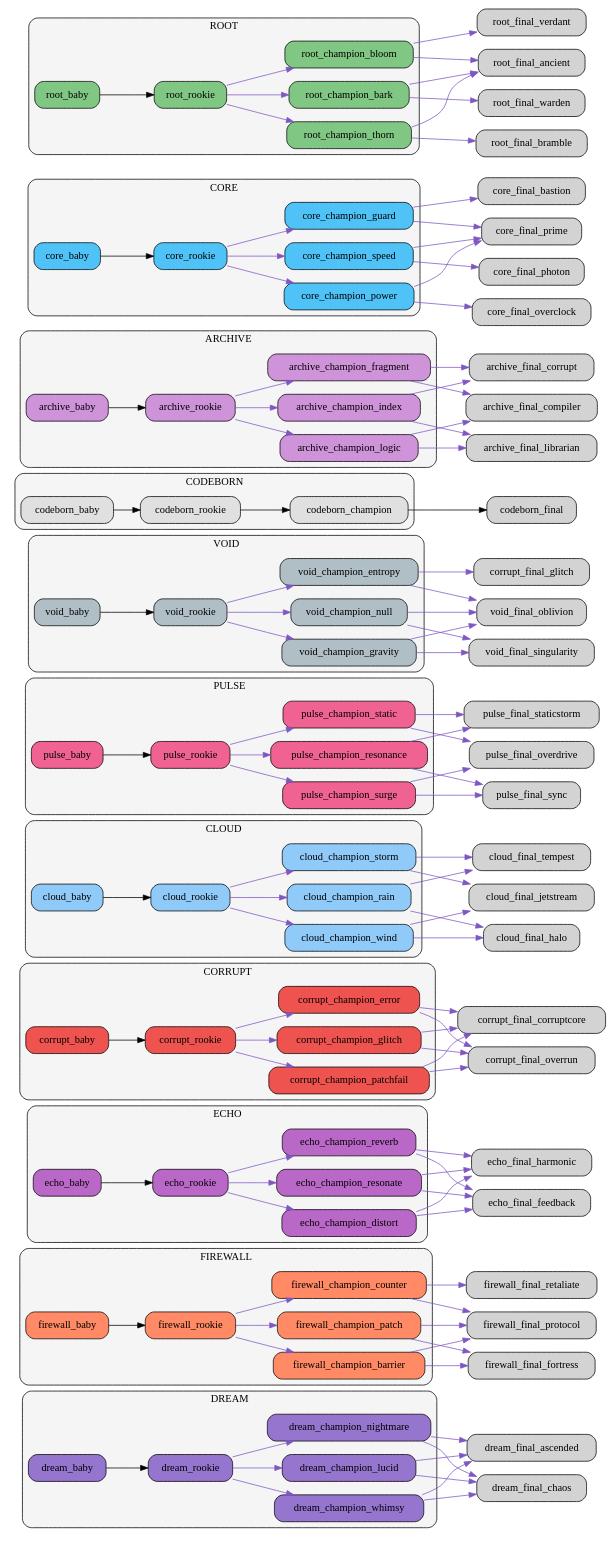
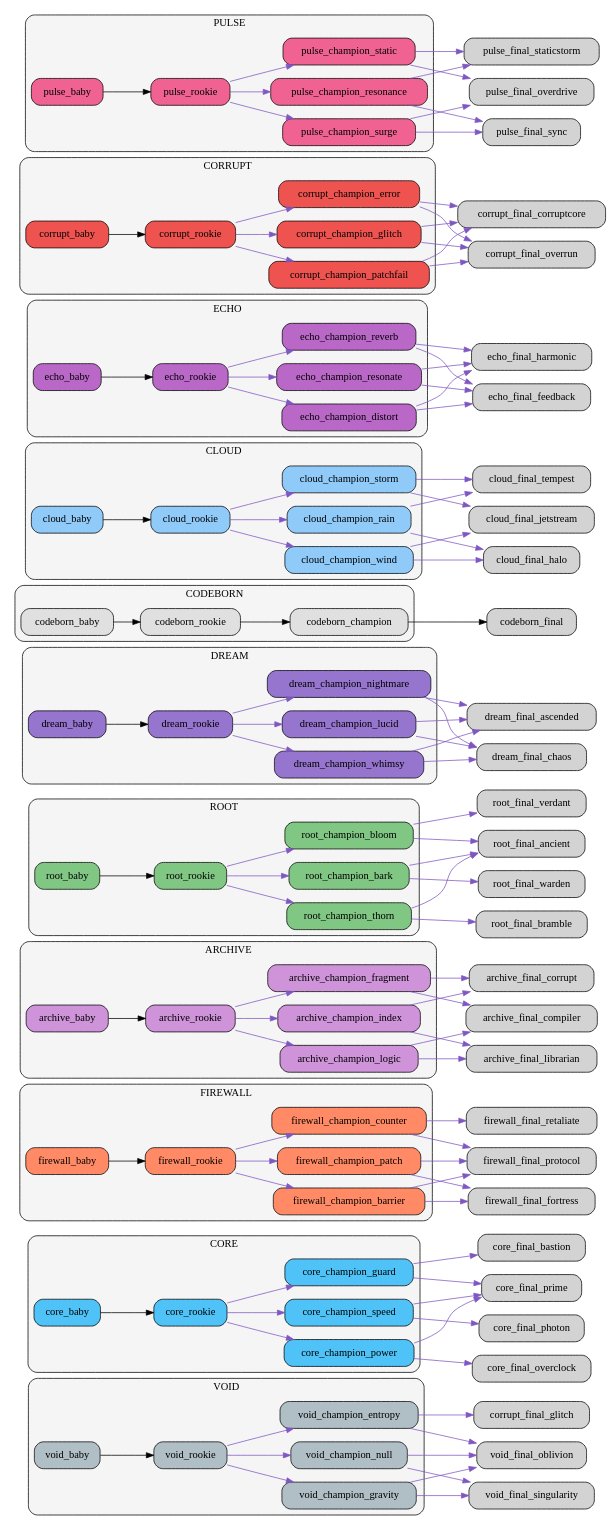
Before and after one commit to bwlight/NetGrid: the diagram in src/netgrid/systems/evolution/graphs/clusters/evolution_clusters.dot, drawn with Graphviz. The commit also changed other lines of this file and 30 other files, not shown here.

Commit message:
Auto-update evolution graphs

```diff
--- a/src/netgrid/systems/evolution/graphs/clusters/evolution_clusters.dot
+++ b/src/netgrid/systems/evolution/graphs/clusters/evolution_clusters.dot
@@ -1,6 +1,51 @@
 digraph EvolutionTree {
   rankdir=LR;
   node [shape=box, style="rounded,filled"];
+  subgraph cluster_void {
+    label="VOID";
+    style="rounded,filled"; fillcolor="#f5f5f5";
+    "void_baby" [fillcolor="#b0bec5"];
+    "void_rookie" [fillcolor="#b0bec5"];
+    "void_champion_entropy" [fillcolor="#b0bec5"];
+    "void_champion_gravity" [fillcolor="#b0bec5"];
+    "void_champion_null" [fillcolor="#b0bec5"];
+  }
+  subgraph cluster_core {
+    label="CORE";
+    style="rounded,filled"; fillcolor="#f5f5f5";
+    "core_baby" [fillcolor="#4fc3f7"];
+    "core_rookie" [fillcolor="#4fc3f7"];
+    "core_champion_power" [fillcolor="#4fc3f7"];
+    "core_champion_guard" [fillcolor="#4fc3f7"];
+    "core_champion_speed" [fillcolor="#4fc3f7"];
+  }
+  subgraph cluster_firewall {
+    label="FIREWALL";
+    style="rounded,filled"; fillcolor="#f5f5f5";
+    "firewall_baby" [fillcolor="#ff8a65"];
+    "firewall_rookie" [fillcolor="#ff8a65"];
+    "firewall_champion_barrier" [fillcolor="#ff8a65"];
+    "firewall_champion_counter" [fillcolor="#ff8a65"];
+    "firewall_champion_patch" [fillcolor="#ff8a65"];
+  }
+  subgraph cluster_archive {
+    label="ARCHIVE";
+    style="rounded,filled"; fillcolor="#f5f5f5";
+    "archive_baby" [fillcolor="#ce93d8"];
+    "archive_rookie" [fillcolor="#ce93d8"];
+    "archive_champion_logic" [fillcolor="#ce93d8"];
+    "archive_champion_index" [fillcolor="#ce93d8"];
+    "archive_champion_fragment" [fillcolor="#ce93d8"];
+  }
+  subgraph cluster_root {
+    label="ROOT";
+    style="rounded,filled"; fillcolor="#f5f5f5";
+    "root_baby" [fillcolor="#81c784"];
+    "root_rookie" [fillcolor="#81c784"];
+    "root_champion_thorn" [fillcolor="#81c784"];
+    "root_champion_bloom" [fillcolor="#81c784"];
+    "root_champion_bark" [fillcolor="#81c784"];
+  }
   subgraph cluster_dream {
     label="DREAM";
     style="rounded,filled"; fillcolor="#f5f5f5";
@@ -10,14 +55,21 @@
     "dream_champion_nightmare" [fillcolor="#9575cd"];
     "dream_champion_whimsy" [fillcolor="#9575cd"];
   }
-  subgraph cluster_firewall {
-    label="FIREWALL";
+  subgraph cluster_codeborn {
+    label="CODEBORN";
     style="rounded,filled"; fillcolor="#f5f5f5";
-    "firewall_baby" [fillcolor="#ff8a65"];
-    "firewall_rookie" [fillcolor="#ff8a65"];
-    "firewall_champion_barrier" [fillcolor="#ff8a65"];
-    "firewall_champion_counter" [fillcolor="#ff8a65"];
-    "firewall_champion_patch" [fillcolor="#ff8a65"];
+    "codeborn_baby" [fillcolor="#e0e0e0"];
+    "codeborn_rookie" [fillcolor="#e0e0e0"];
+    "codeborn_champion" [fillcolor="#e0e0e0"];
+  }
+  subgraph cluster_cloud {
+    label="CLOUD";
+    style="rounded,filled"; fillcolor="#f5f5f5";
+    "cloud_baby" [fillcolor="#90caf9"];
+    "cloud_rookie" [fillcolor="#90caf9"];
+    "cloud_champion_wind" [fillcolor="#90caf9"];
+    "cloud_champion_rain" [fillcolor="#90caf9"];
+    "cloud_champion_storm" [fillcolor="#90caf9"];
   }
   subgraph cluster_echo {
     label="ECHO";
@@ -37,15 +89,6 @@
     "corrupt_champion_error" [fillcolor="#ef5350"];
     "corrupt_champion_patchfail" [fillcolor="#ef5350"];
   }
-  subgraph cluster_cloud {
-    label="CLOUD";
-    style="rounded,filled"; fillcolor="#f5f5f5";
-    "cloud_baby" [fillcolor="#90caf9"];
-    "cloud_rookie" [fillcolor="#90caf9"];
-    "cloud_champion_wind" [fillcolor="#90caf9"];
-    "cloud_champion_rain" [fillcolor="#90caf9"];
-    "cloud_champion_storm" [fillcolor="#90caf9"];
-  }
   subgraph cluster_pulse {
     label="PULSE";
     style="rounded,filled"; fillcolor="#f5f5f5";
@@ -55,49 +98,56 @@
     "pulse_champion_resonance" [fillcolor="#f06292"];
     "pulse_champion_static" [fillcolor="#f06292"];
   }
-  subgraph cluster_void {
-    label="VOID";
-    style="rounded,filled"; fillcolor="#f5f5f5";
-    "void_baby" [fillcolor="#b0bec5"];
-    "void_rookie" [fillcolor="#b0bec5"];
-    "void_champion_entropy" [fillcolor="#b0bec5"];
-    "void_champion_gravity" [fillcolor="#b0bec5"];
-    "void_champion_null" [fillcolor="#b0bec5"];
-  }
-  subgraph cluster_codeborn {
-    label="CODEBORN";
-    style="rounded,filled"; fillcolor="#f5f5f5";
-    "codeborn_baby" [fillcolor="#e0e0e0"];
-    "codeborn_rookie" [fillcolor="#e0e0e0"];
-    "codeborn_champion" [fillcolor="#e0e0e0"];
-  }
-  subgraph cluster_archive {
-    label="ARCHIVE";
-    style="rounded,filled"; fillcolor="#f5f5f5";
-    "archive_baby" [fillcolor="#ce93d8"];
-    "archive_rookie" [fillcolor="#ce93d8"];
-    "archive_champion_logic" [fillcolor="#ce93d8"];
-    "archive_champion_index" [fillcolor="#ce93d8"];
-    "archive_champion_fragment" [fillcolor="#ce93d8"];
-  }
-  subgraph cluster_core {
-    label="CORE";
-    style="rounded,filled"; fillcolor="#f5f5f5";
-    "core_baby" [fillcolor="#4fc3f7"];
-    "core_rookie" [fillcolor="#4fc3f7"];
-    "core_champion_power" [fillcolor="#4fc3f7"];
-    "core_champion_guard" [fillcolor="#4fc3f7"];
-    "core_champion_speed" [fillcolor="#4fc3f7"];
-  }
-  subgraph cluster_root {
-    label="ROOT";
-    style="rounded,filled"; fillcolor="#f5f5f5";
-    "root_baby" [fillcolor="#81c784"];
-    "root_rookie" [fillcolor="#81c784"];
-    "root_champion_thorn" [fillcolor="#81c784"];
-    "root_champion_bloom" [fillcolor="#81c784"];
-    "root_champion_bark" [fillcolor="#81c784"];
-  }
+  "void_baby" -> "void_rookie";
+  "void_rookie" -> "void_champion_entropy" [color="#7e57c2"];
+  "void_rookie" -> "void_champion_gravity" [color="#7e57c2"];
+  "void_rookie" -> "void_champion_null" [color="#7e57c2"];
+  "void_champion_entropy" -> "corrupt_final_glitch" [color="#7e57c2"];
+  "void_champion_entropy" -> "void_final_oblivion" [color="#7e57c2"];
+  "void_champion_gravity" -> "void_final_singularity" [color="#7e57c2"];
+  "void_champion_gravity" -> "void_final_oblivion" [color="#7e57c2"];
+  "void_champion_null" -> "void_final_oblivion" [color="#7e57c2"];
+  "void_champion_null" -> "void_final_singularity" [color="#7e57c2"];
+  "core_baby" -> "core_rookie";
+  "core_rookie" -> "core_champion_power" [color="#7e57c2"];
+  "core_rookie" -> "core_champion_guard" [color="#7e57c2"];
+  "core_rookie" -> "core_champion_speed" [color="#7e57c2"];
+  "core_champion_power" -> "core_final_overclock" [color="#7e57c2"];
+  "core_champion_power" -> "core_final_prime" [color="#7e57c2"];
+  "core_champion_guard" -> "core_final_bastion" [color="#7e57c2"];
+  "core_champion_guard" -> "core_final_prime" [color="#7e57c2"];
+  "core_champion_speed" -> "core_final_photon" [color="#7e57c2"];
+  "core_champion_speed" -> "core_final_prime" [color="#7e57c2"];
+  "firewall_baby" -> "firewall_rookie";
+  "firewall_rookie" -> "firewall_champion_barrier" [color="#7e57c2"];
+  "firewall_rookie" -> "firewall_champion_counter" [color="#7e57c2"];
+  "firewall_rookie" -> "firewall_champion_patch" [color="#7e57c2"];
+  "firewall_champion_barrier" -> "firewall_final_fortress" [color="#7e57c2"];
+  "firewall_champion_barrier" -> "firewall_final_protocol" [color="#7e57c2"];
+  "firewall_champion_counter" -> "firewall_final_retaliate" [color="#7e57c2"];
+  "firewall_champion_counter" -> "firewall_final_protocol" [color="#7e57c2"];
+  "firewall_champion_patch" -> "firewall_final_protocol" [color="#7e57c2"];
+  "firewall_champion_patch" -> "firewall_final_fortress" [color="#7e57c2"];
+  "archive_baby" -> "archive_rookie";
+  "archive_rookie" -> "archive_champion_logic" [color="#7e57c2"];
+  "archive_rookie" -> "archive_champion_index" [color="#7e57c2"];
+  "archive_rookie" -> "archive_champion_fragment" [color="#7e57c2"];
+  "archive_champion_logic" -> "archive_final_compiler" [color="#7e57c2"];
+  "archive_champion_logic" -> "archive_final_librarian" [color="#7e57c2"];
+  "archive_champion_index" -> "archive_final_librarian" [color="#7e57c2"];
+  "archive_champion_index" -> "archive_final_corrupt" [color="#7e57c2"];
+  "archive_champion_fragment" -> "archive_final_corrupt" [color="#7e57c2"];
+  "archive_champion_fragment" -> "archive_final_compiler" [color="#7e57c2"];
+  "root_baby" -> "root_rookie";
+  "root_rookie" -> "root_champion_thorn" [color="#7e57c2"];
+  "root_rookie" -> "root_champion_bloom" [color="#7e57c2"];
+  "root_rookie" -> "root_champion_bark" [color="#7e57c2"];
+  "root_champion_thorn" -> "root_final_bramble" [color="#7e57c2"];
+  "root_champion_thorn" -> "root_final_ancient" [color="#7e57c2"];
+  "root_champion_bloom" -> "root_final_ancient" [color="#7e57c2"];
+  "root_champion_bloom" -> "root_final_verdant" [color="#7e57c2"];
+  "root_champion_bark" -> "root_final_warden" [color="#7e57c2"];
+  "root_champion_bark" -> "root_final_ancient" [color="#7e57c2"];
   "dream_baby" -> "dream_rookie";
   "dream_rookie" -> "dream_champion_lucid" [color="#7e57c2"];
   "dream_rookie" -> "dream_champion_nightmare" [color="#7e57c2"];
@@ -108,16 +158,19 @@
   "dream_champion_nightmare" -> "dream_final_ascended" [color="#7e57c2"];
   "dream_champion_whimsy" -> "dream_final_ascended" [color="#7e57c2"];
   "dream_champion_whimsy" -> "dream_final_chaos" [color="#7e57c2"];
-  "firewall_baby" -> "firewall_rookie";
-  "firewall_rookie" -> "firewall_champion_barrier" [color="#7e57c2"];
-  "firewall_rookie" -> "firewall_champion_counter" [color="#7e57c2"];
-  "firewall_rookie" -> "firewall_champion_patch" [color="#7e57c2"];
-  "firewall_champion_barrier" -> "firewall_final_fortress" [color="#7e57c2"];
-  "firewall_champion_barrier" -> "firewall_final_protocol" [color="#7e57c2"];
-  "firewall_champion_counter" -> "firewall_final_retaliate" [color="#7e57c2"];
-  "firewall_champion_counter" -> "firewall_final_protocol" [color="#7e57c2"];
-  "firewall_champion_patch" -> "firewall_final_protocol" [color="#7e57c2"];
-  "firewall_champion_patch" -> "firewall_final_fortress" [color="#7e57c2"];
+  "codeborn_baby" -> "codeborn_rookie";
+  "codeborn_rookie" -> "codeborn_champion";
+  "codeborn_champion" -> "codeborn_final";
+  "cloud_baby" -> "cloud_rookie";
+  "cloud_rookie" -> "cloud_champion_wind" [color="#7e57c2"];
+  "cloud_rookie" -> "cloud_champion_rain" [color="#7e57c2"];
+  "cloud_rookie" -> "cloud_champion_storm" [color="#7e57c2"];
+  "cloud_champion_wind" -> "cloud_final_jetstream" [color="#7e57c2"];
+  "cloud_champion_wind" -> "cloud_final_halo" [color="#7e57c2"];
+  "cloud_champion_rain" -> "cloud_final_halo" [color="#7e57c2"];
+  "cloud_champion_rain" -> "cloud_final_tempest" [color="#7e57c2"];
+  "cloud_champion_storm" -> "cloud_final_tempest" [color="#7e57c2"];
+  "cloud_champion_storm" -> "cloud_final_jetstream" [color="#7e57c2"];
   "echo_baby" -> "echo_rookie";
   "echo_rookie" -> "echo_champion_resonate" [color="#7e57c2"];
   "echo_rookie" -> "echo_champion_reverb" [color="#7e57c2"];
@@ -138,16 +191,6 @@
   "corrupt_champion_error" -> "corrupt_final_corruptcore" [color="#7e57c2"];
   "corrupt_champion_patchfail" -> "corrupt_final_corruptcore" [color="#7e57c2"];
   "corrupt_champion_patchfail" -> "corrupt_final_overrun" [color="#7e57c2"];
-  "cloud_baby" -> "cloud_rookie";
-  "cloud_rookie" -> "cloud_champion_wind" [color="#7e57c2"];
-  "cloud_rookie" -> "cloud_champion_rain" [color="#7e57c2"];
-  "cloud_rookie" -> "cloud_champion_storm" [color="#7e57c2"];
-  "cloud_champion_wind" -> "cloud_final_jetstream" [color="#7e57c2"];
-  "cloud_champion_wind" -> "cloud_final_halo" [color="#7e57c2"];
-  "cloud_champion_rain" -> "cloud_final_halo" [color="#7e57c2"];
-  "cloud_champion_rain" -> "cloud_final_tempest" [color="#7e57c2"];
-  "cloud_champion_storm" -> "cloud_final_tempest" [color="#7e57c2"];
-  "cloud_champion_storm" -> "cloud_final_jetstream" [color="#7e57c2"];
   "pulse_baby" -> "pulse_rookie";
   "pulse_rookie" -> "pulse_champion_surge" [color="#7e57c2"];
   "pulse_rookie" -> "pulse_champion_resonance" [color="#7e57c2"];
@@ -158,47 +201,4 @@
   "pulse_champion_resonance" -> "pulse_final_staticstorm" [color="#7e57c2"];
   "pulse_champion_static" -> "pulse_final_staticstorm" [color="#7e57c2"];
   "pulse_champion_static" -> "pulse_final_overdrive" [color="#7e57c2"];
-  "void_baby" -> "void_rookie";
-  "void_rookie" -> "void_champion_entropy" [color="#7e57c2"];
-  "void_rookie" -> "void_champion_gravity" [color="#7e57c2"];
-  "void_rookie" -> "void_champion_null" [color="#7e57c2"];
-  "void_champion_entropy" -> "corrupt_final_glitch" [color="#7e57c2"];
-  "void_champion_entropy" -> "void_final_oblivion" [color="#7e57c2"];
-  "void_champion_gravity" -> "void_final_singularity" [color="#7e57c2"];
-  "void_champion_gravity" -> "void_final_oblivion" [color="#7e57c2"];
-  "void_champion_null" -> "void_final_oblivion" [color="#7e57c2"];
-  "void_champion_null" -> "void_final_singularity" [color="#7e57c2"];
-  "codeborn_baby" -> "codeborn_rookie";
-  "codeborn_rookie" -> "codeborn_champion";
-  "codeborn_champion" -> "codeborn_final";
-  "archive_baby" -> "archive_rookie";
-  "archive_rookie" -> "archive_champion_logic" [color="#7e57c2"];
-  "archive_rookie" -> "archive_champion_index" [color="#7e57c2"];
-  "archive_rookie" -> "archive_champion_fragment" [color="#7e57c2"];
-  "archive_champion_logic" -> "archive_final_compiler" [color="#7e57c2"];
-  "archive_champion_logic" -> "archive_final_librarian" [color="#7e57c2"];
-  "archive_champion_index" -> "archive_final_librarian" [color="#7e57c2"];
-  "archive_champion_index" -> "archive_final_corrupt" [color="#7e57c2"];
-  "archive_champion_fragment" -> "archive_final_corrupt" [color="#7e57c2"];
-  "archive_champion_fragment" -> "archive_final_compiler" [color="#7e57c2"];
-  "core_baby" -> "core_rookie";
-  "core_rookie" -> "core_champion_power" [color="#7e57c2"];
-  "core_rookie" -> "core_champion_guard" [color="#7e57c2"];
-  "core_rookie" -> "core_champion_speed" [color="#7e57c2"];
-  "core_champion_power" -> "core_final_overclock" [color="#7e57c2"];
-  "core_champion_power" -> "core_final_prime" [color="#7e57c2"];
-  "core_champion_guard" -> "core_final_bastion" [color="#7e57c2"];
-  "core_champion_guard" -> "core_final_prime" [color="#7e57c2"];
-  "core_champion_speed" -> "core_final_photon" [color="#7e57c2"];
-  "core_champion_speed" -> "core_final_prime" [color="#7e57c2"];
-  "root_baby" -> "root_rookie";
-  "root_rookie" -> "root_champion_thorn" [color="#7e57c2"];
-  "root_rookie" -> "root_champion_bloom" [color="#7e57c2"];
-  "root_rookie" -> "root_champion_bark" [color="#7e57c2"];
-  "root_champion_thorn" -> "root_final_bramble" [color="#7e57c2"];
-  "root_champion_thorn" -> "root_final_ancient" [color="#7e57c2"];
-  "root_champion_bloom" -> "root_final_ancient" [color="#7e57c2"];
-  "root_champion_bloom" -> "root_final_verdant" [color="#7e57c2"];
-  "root_champion_bark" -> "root_final_warden" [color="#7e57c2"];
-  "root_champion_bark" -> "root_final_ancient" [color="#7e57c2"];
 }
```
